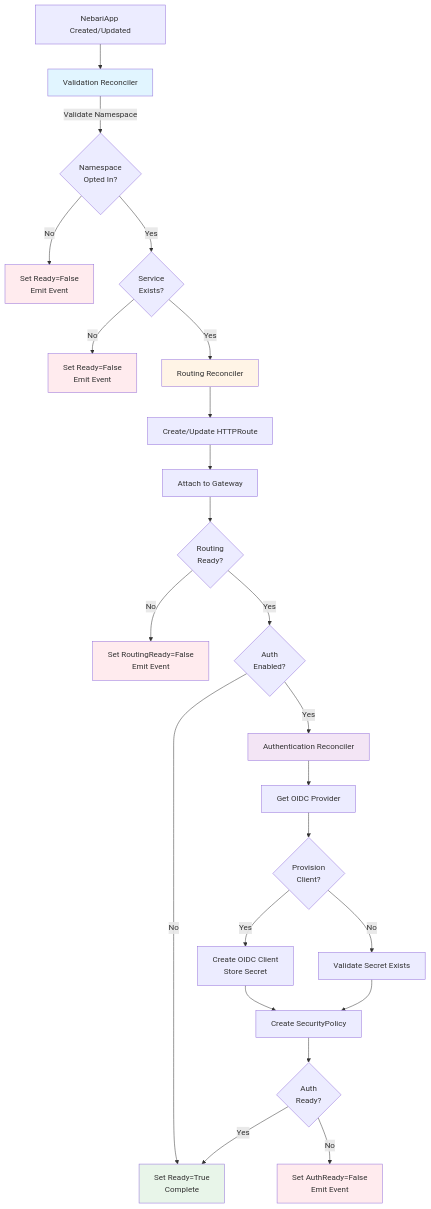
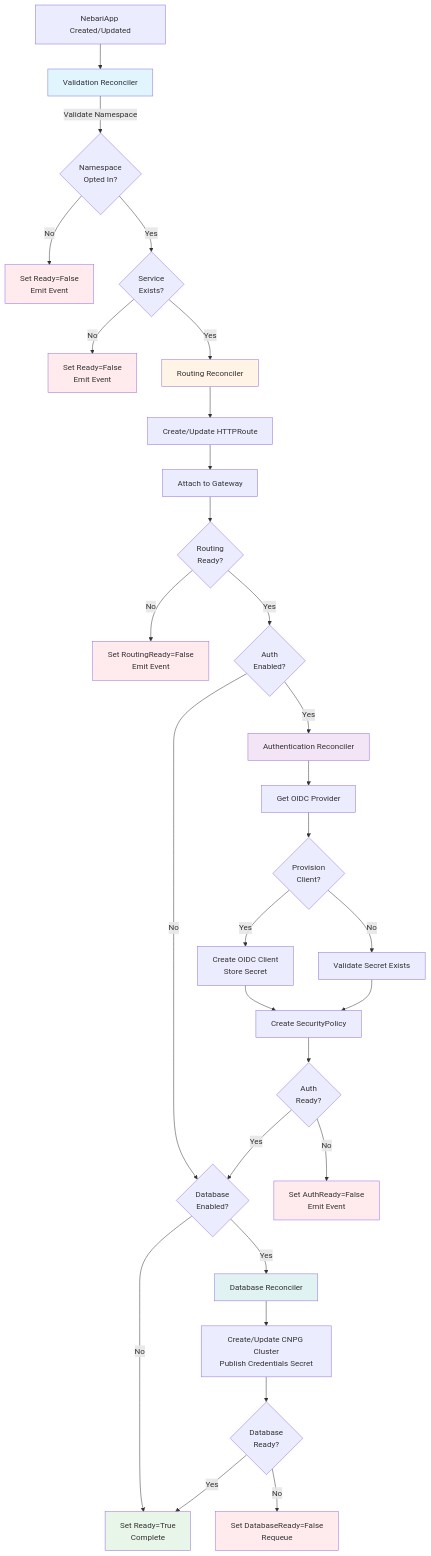
Before and after one commit to nebari-dev/nebari-operator: the second of 2 diagrams in docs/reconcilers/README.md, drawn with Mermaid. The commit also changed other lines of this file and 6 other files, not shown here.

First line of the commit message:
docs(database): sample, reconciler doc, API reference

````diff
--- a/docs/reconcilers/README.md
+++ b/docs/reconcilers/README.md
@@ -49,43 +54,54 @@
 ```mermaid
 flowchart TD
     Start[NebariApp Created/Updated] --> Core[Validation Reconciler]
 
     Core -->|Validate Namespace| NS{Namespace<br/>Opted In?}
     NS -->|No| Fail1[Set Ready=False<br/>Emit Event]
     NS -->|Yes| Svc{Service<br/>Exists?}
 
     Svc -->|No| Fail2[Set Ready=False<br/>Emit Event]
     Svc -->|Yes| Route[Routing Reconciler]
 
     Route --> HTTP[Create/Update HTTPRoute]
     HTTP --> Gateway[Attach to Gateway]
     Gateway --> Routing{Routing<br/>Ready?}
 
     Routing -->|No| Fail3[Set RoutingReady=False<br/>Emit Event]
     Routing -->|Yes| AuthCheck{Auth<br/>Enabled?}
 
-    AuthCheck -->|No| Success[Set Ready=True<br/>Complete]
+    AuthCheck -->|No| DBCheck{Database<br/>Enabled?}
     AuthCheck -->|Yes| Auth[Authentication Reconciler]
 
     Auth --> Provider[Get OIDC Provider]
     Provider --> Provision{Provision<br/>Client?}
 
     Provision -->|Yes| Create[Create OIDC Client<br/>Store Secret]
     Provision -->|No| Validate[Validate Secret Exists]
 
     Create --> SecPol[Create SecurityPolicy]
     Validate --> SecPol
 
     SecPol --> AuthReady{Auth<br/>Ready?}
     AuthReady -->|No| Fail4[Set AuthReady=False<br/>Emit Event]
-    AuthReady -->|Yes| Success
+    AuthReady -->|Yes| DBCheck
+
+    DBCheck -->|No| Success[Set Ready=True<br/>Complete]
+    DBCheck -->|Yes| DB[Database Reconciler]
+
+    DB --> Cluster[Create/Update CNPG Cluster<br/>Publish Credentials Secret]
+    Cluster --> DBReady{Database<br/>Ready?}
+
+    DBReady -->|No| Fail5[Set DatabaseReady=False<br/>Requeue]
+    DBReady -->|Yes| Success
 
     style Core fill:#e1f5ff
     style Route fill:#fff4e6
     style Auth fill:#f3e5f5
+    style DB fill:#e0f2f1
     style Success fill:#e8f5e9
     style Fail1 fill:#ffebee
     style Fail2 fill:#ffebee
     style Fail3 fill:#ffebee
     style Fail4 fill:#ffebee
+    style Fail5 fill:#ffebee
 ```
````
